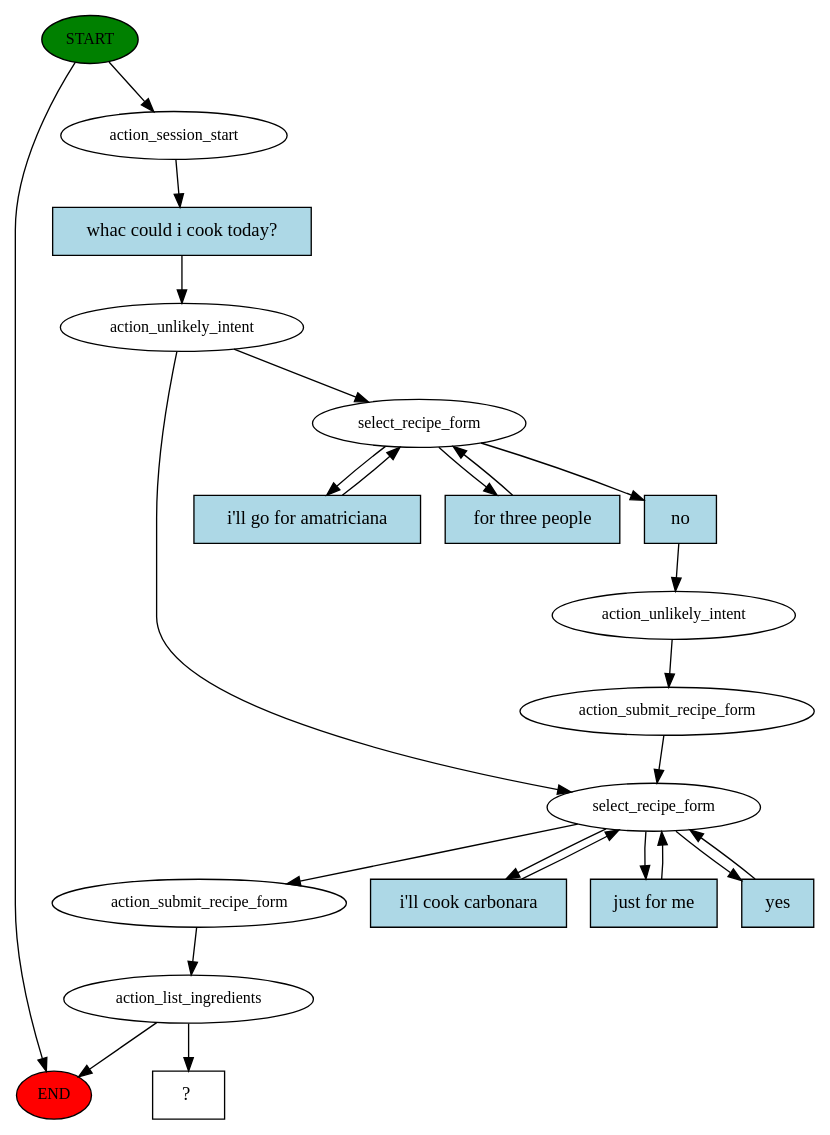
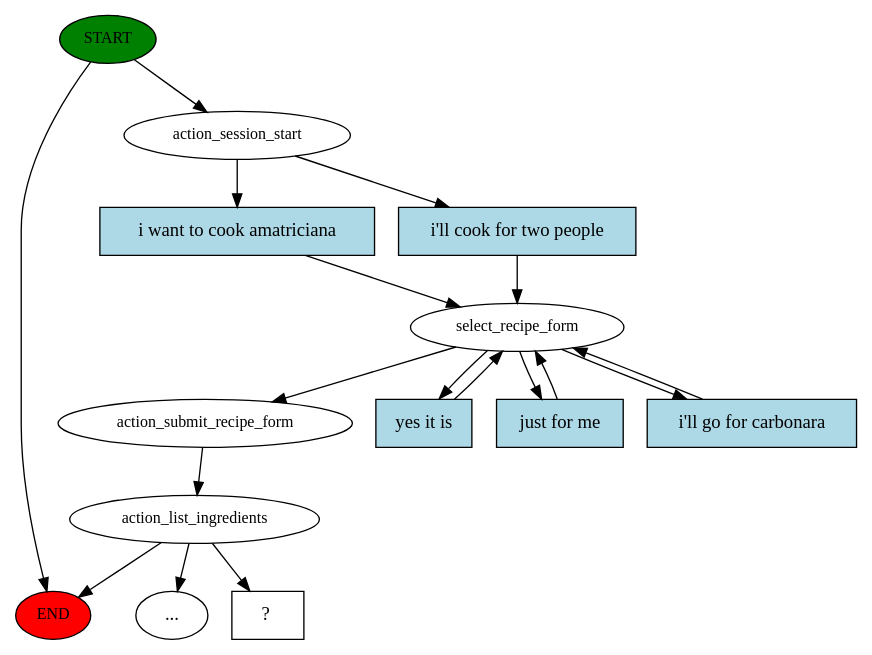
One commit to anrigo/cooking-assistant-hmd changed the diagram in story_graph.dot. Above: the diagram before and after it, drawn with Graphviz. The commit also changed 3 other files, not shown here.

```diff
--- a/story_graph.dot
+++ b/story_graph.dot
@@ -1,44 +1,32 @@
 digraph  {
 0 [class="start active", fillcolor=green, fontsize=12, label=START, style=filled];
 "-1" [class=end, fillcolor=red, fontsize=12, label=END, style=filled];
 1 [class=active, fontsize=12, label=action_session_start];
-2 [class=active, fontsize=12, label=action_unlikely_intent];
-3 [class=active, fontsize=12, label=select_recipe_form];
-7 [class=active, fontsize=12, label=action_submit_recipe_form];
-8 [class=active, fontsize=12, label=action_list_ingredients];
-11 [class=active, fontsize=12, label=select_recipe_form];
-14 [class=active, fontsize=12, label=action_unlikely_intent];
-15 [class=active, fontsize=12, label=action_submit_recipe_form];
-22 [class="intent dashed active", label="  ?  ", shape=rect];
-23 [class="intent active", fillcolor=lightblue, label="whac could i cook today?", shape=rect, style=filled];
-24 [class="intent active", fillcolor=lightblue, label="i'll cook carbonara", shape=rect, style=filled];
-25 [class="intent active", fillcolor=lightblue, label="just for me", shape=rect, style=filled];
-26 [class="intent active", fillcolor=lightblue, label=yes, shape=rect, style=filled];
-27 [class="intent active", fillcolor=lightblue, label="i'll go for amatriciana", shape=rect, style=filled];
-28 [class="intent active", fillcolor=lightblue, label="for three people", shape=rect, style=filled];
-29 [class="intent active", fillcolor=lightblue, label=no, shape=rect, style=filled];
+2 [class=active, fontsize=12, label=select_recipe_form];
+4 [class=active, fontsize=12, label=action_submit_recipe_form];
+5 [class=active, fontsize=12, label=action_list_ingredients];
+"-3" [class=ellipsis, label="..."];
+18 [class="intent dashed active", label="  ?  ", shape=rect];
+19 [class=intent, fillcolor=lightblue, label="i want to cook amatriciana", shape=rect, style=filled];
+20 [class="intent active", fillcolor=lightblue, label="i'll cook for two people", shape=rect, style=filled];
+21 [class="intent active", fillcolor=lightblue, label="yes it is", shape=rect, style=filled];
+22 [class=intent, fillcolor=lightblue, label="just for me", shape=rect, style=filled];
+23 [class="intent active", fillcolor=lightblue, label="i'll go for carbonara", shape=rect, style=filled];
 0 -> "-1"  [class="", key=NONE, label=""];
 0 -> 1  [class=active, key=NONE, label=""];
-1 -> 23  [class=active, key=0];
-2 -> 3  [class="", key=NONE, label=""];
-2 -> 11  [class=active, key=NONE, label=""];
-3 -> 7  [class=active, key=NONE, label=""];
-3 -> 24  [class=active, key=0];
-3 -> 25  [class=active, key=0];
-3 -> 26  [class=active, key=0];
-7 -> 8  [class=active, key=NONE, label=""];
-8 -> "-1"  [class="", key=NONE, label=""];
-8 -> 22  [class=active, key=NONE, label=""];
-11 -> 27  [class=active, key=0];
-11 -> 28  [class=active, key=0];
-11 -> 29  [class=active, key=0];
-14 -> 15  [class=active, key=NONE, label=""];
-15 -> 3  [class=active, key=NONE, label=""];
+1 -> 19  [class="", key=0];
+1 -> 20  [class=active, key=0];
+2 -> 4  [class=active, key=NONE, label=""];
+2 -> 21  [class=active, key=0];
+2 -> 22  [class="", key=0];
+2 -> 23  [class=active, key=0];
+4 -> 5  [class=active, key=NONE, label=""];
+5 -> "-3"  [class="", key=NONE, label=""];
+5 -> "-1"  [class="", key=NONE, label=""];
+5 -> 18  [class=active, key=NONE, label=""];
+19 -> 2  [class="", key=0];
+20 -> 2  [class=active, key=0];
+21 -> 2  [class=active, key=0];
+22 -> 2  [class="", key=0];
 23 -> 2  [class=active, key=0];
-24 -> 3  [class=active, key=0];
-25 -> 3  [class=active, key=0];
-26 -> 3  [class=active, key=0];
-27 -> 11  [class=active, key=0];
-28 -> 11  [class=active, key=0];
-29 -> 14  [class=active, key=0];
 }
```
